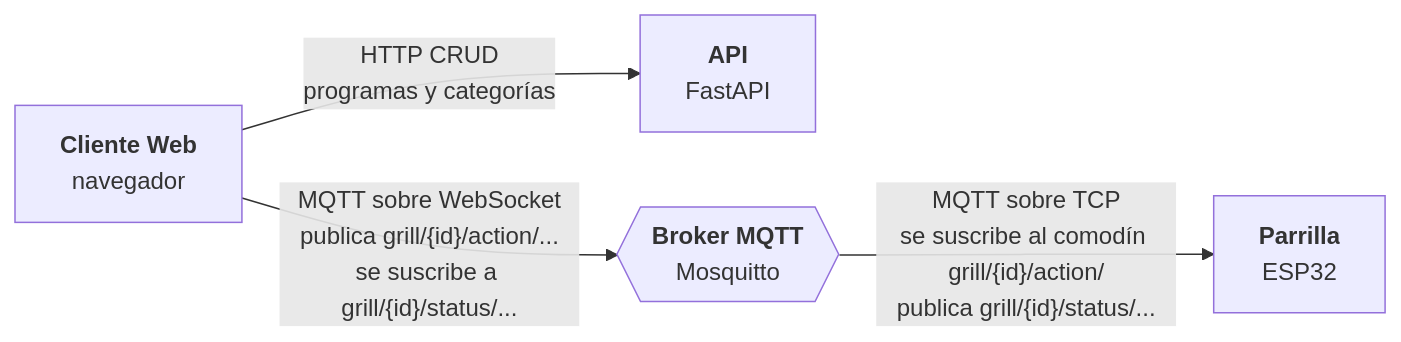
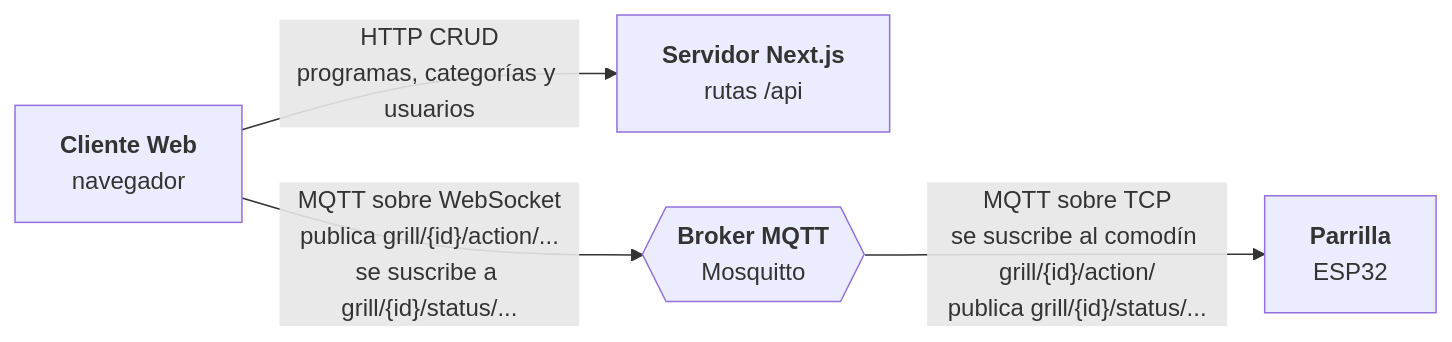
The first of 4 diagrams in GaztaindiGrill-NextJS/docs/mqtt.md (izeta8/GaztaindiGrill), drawn with Mermaid before and after one commit. The commit also changed other lines of this file, not shown here.

````diff
--- a/GaztaindiGrill-NextJS/docs/mqtt.md
+++ b/GaztaindiGrill-NextJS/docs/mqtt.md
@@ -12,11 +12,11 @@
 ```mermaid
 flowchart LR
     WEB["<b>Cliente Web</b><br/>navegador"]
-    API["<b>API</b><br/>FastAPI"]
+    API["<b>Servidor Next.js</b><br/>rutas /api"]
     BROKER{{"<b>Broker MQTT</b><br/>Mosquitto"}}
     ESP["<b>Parrilla</b><br/>ESP32"]
 
-    WEB -->|"HTTP CRUD<br/>programas y categorías"| API
+    WEB -->|"HTTP CRUD<br/>programas, categorías y usuarios"| API
     WEB -->|"MQTT sobre WebSocket<br/>publica grill/{id}/action/...<br/>se suscribe a grill/{id}/status/..."| BROKER
     BROKER -->|"MQTT sobre TCP<br/>se suscribe al comodín grill/{id}/action/<br/>publica grill/{id}/status/..."| ESP
 ```
````
